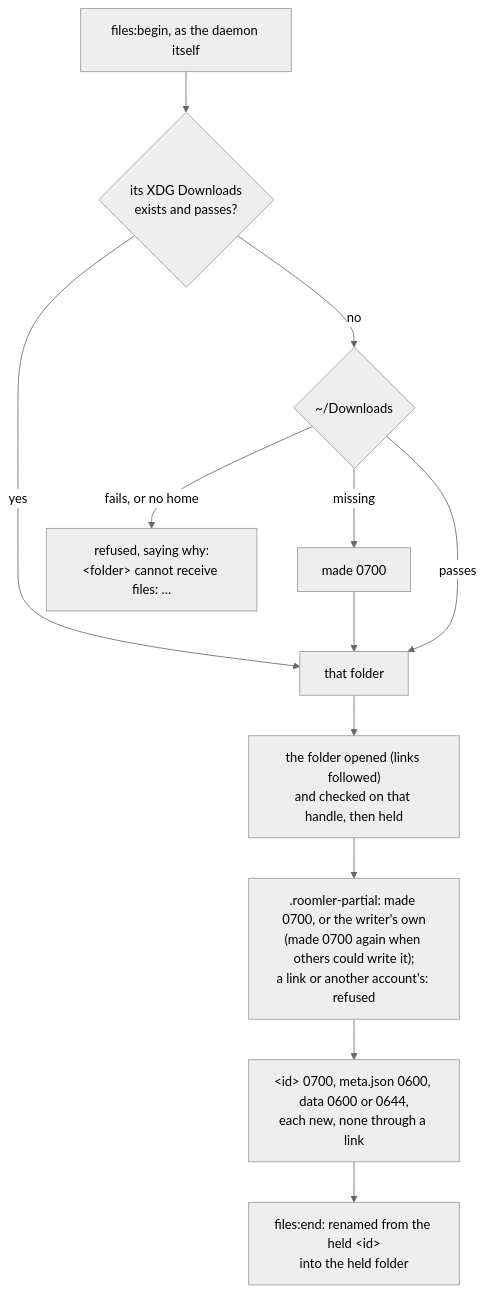
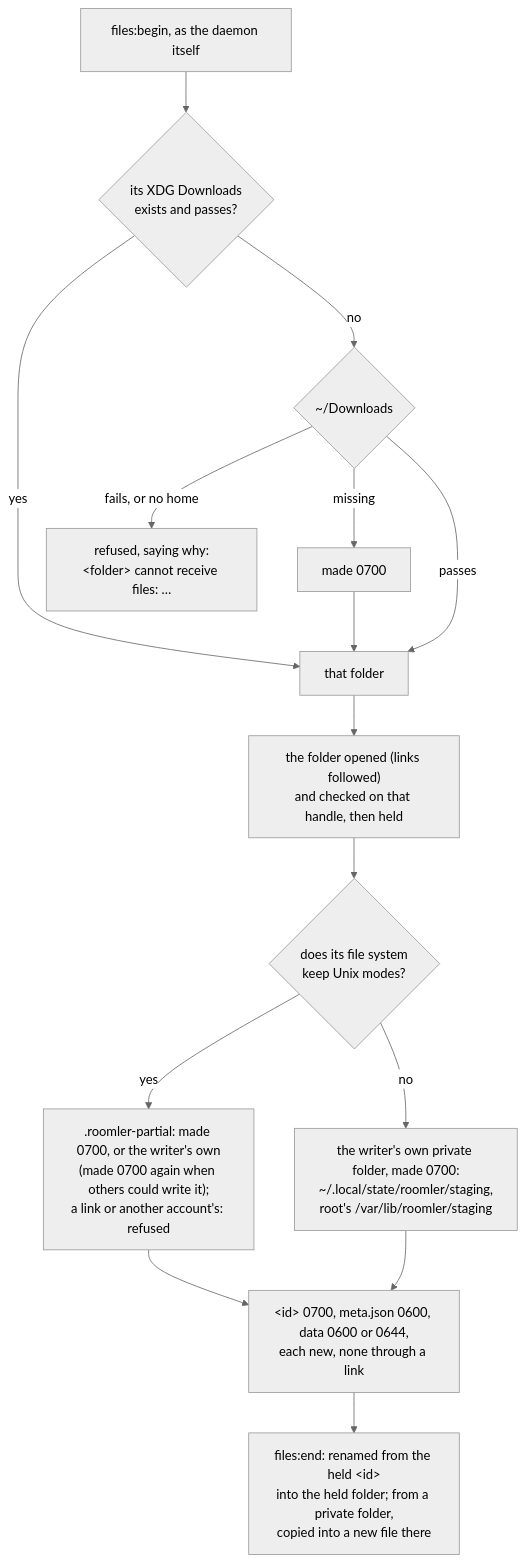
Before and after one commit to gjovanov/roomler-ai: diagram 11 of 19 in docs/desktop-companion.md, drawn with Mermaid (neutral theme). The commit also changed other lines of this file and 4 other files, not shown here.

First line of the commit message:
docs(files): uploads into a folder that keeps no Unix modes, root's home from its account, and §9.5's wording

````diff
--- a/docs/desktop-companion.md
+++ b/docs/desktop-companion.md
@@ -821,13 +825,16 @@
 ```mermaid
 flowchart TD
     B["files:begin, as the daemon itself"] --> X{"its XDG Downloads<br/>exists and passes?"}
     X -- "yes" --> T["that folder"]
     X -- "no" --> D{"~/Downloads"}
     D -- "missing" --> M["made 0700"] --> T
     D -- "passes" --> T
     D -- "fails, or no home" --> R["refused, saying why:<br/>&lt;folder&gt; cannot receive files: …"]
     T --> H["the folder opened (links followed)<br/>and checked on that handle, then held"]
-    H --> S[".roomler-partial: made 0700, or the writer's own<br/>(made 0700 again when others could write it);<br/>a link or another account's: refused"]
+    H --> K{"does its file system<br/>keep Unix modes?"}
+    K -- "yes" --> S[".roomler-partial: made 0700, or the writer's own<br/>(made 0700 again when others could write it);<br/>a link or another account's: refused"]
+    K -- "no" --> V["the writer's own private folder, made 0700:<br/>~/.local/state/roomler/staging,<br/>root's /var/lib/roomler/staging"]
     S --> P["&lt;id&gt; 0700, meta.json 0600, data 0600 or 0644,<br/>each new, none through a link"]
-    P --> E["files:end: renamed from the held &lt;id&gt;<br/>into the held folder"]
+    V --> P
+    P --> E["files:end: renamed from the held &lt;id&gt;<br/>into the held folder; from a private folder,<br/>copied into a new file there"]
 ```
````
